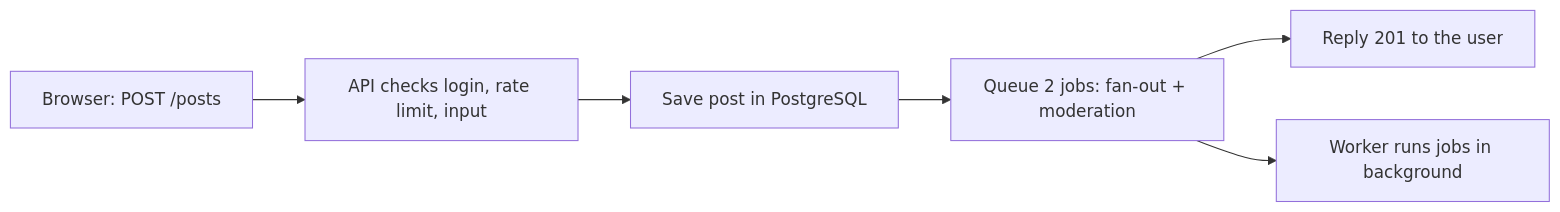
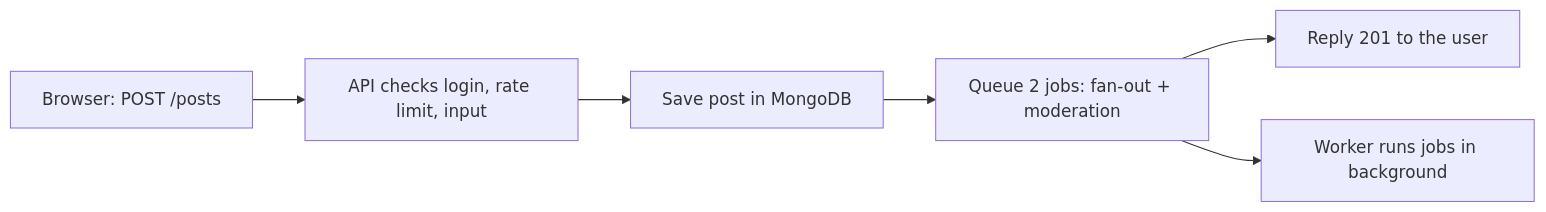
The second of 4 diagrams in docs/ARCHITECTURE.md (PJain7988/Micro_Social_Blogging), drawn with Mermaid before and after one commit. The commit also changed other lines of this file and 7 other files, not shown here.

````diff
--- a/docs/ARCHITECTURE.md
+++ b/docs/ARCHITECTURE.md
@@ -57,8 +57,8 @@
 ```mermaid
 flowchart LR
   A[Browser: POST /posts] --> B[API checks login, rate limit, input]
-  B --> C[Save post in PostgreSQL]
+  B --> C[Save post in MongoDB]
   C --> D[Queue 2 jobs: fan-out + moderation]
   D --> E[Reply 201 to the user]
   D --> F[Worker runs jobs in background]
 ```
````
